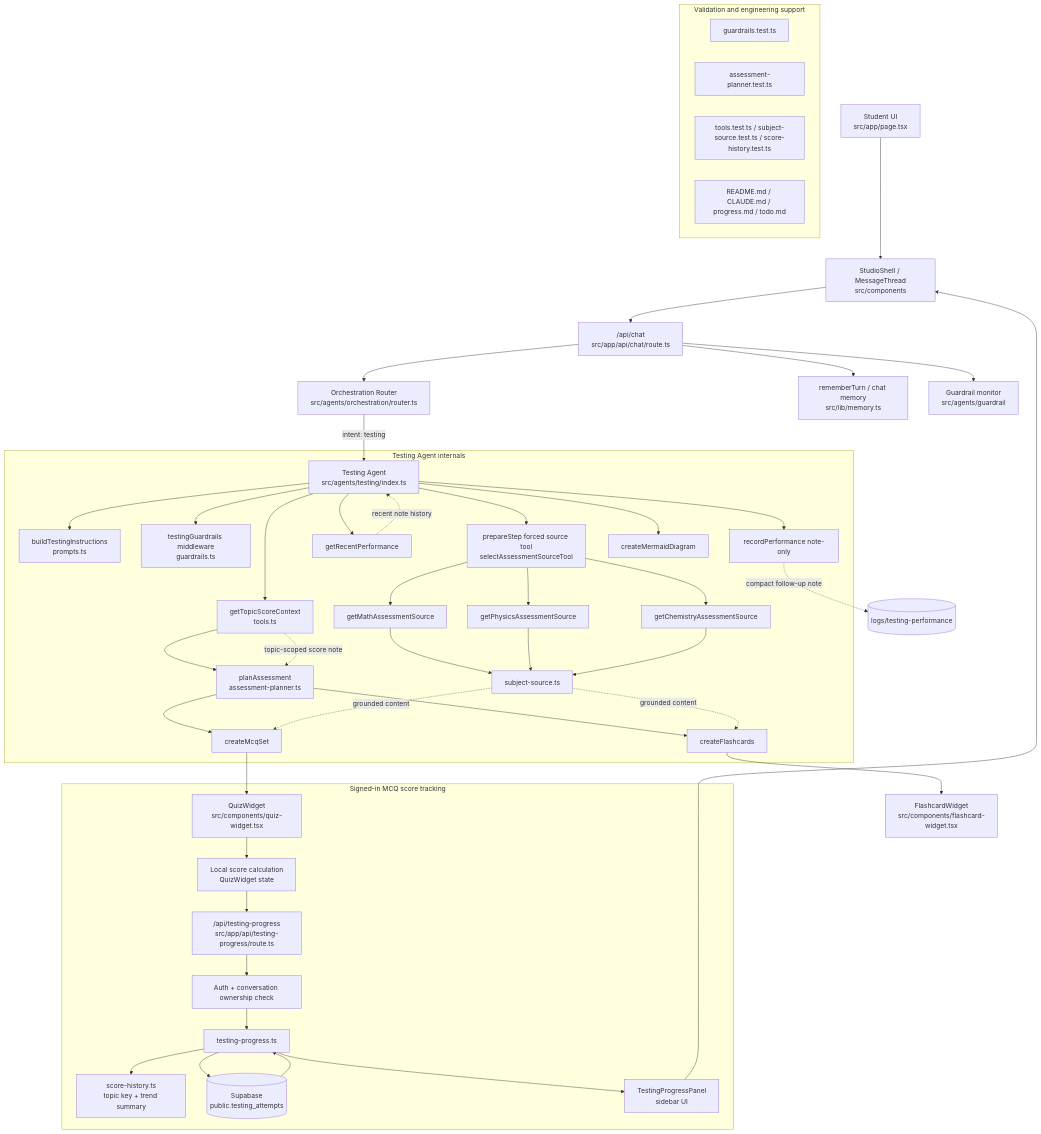
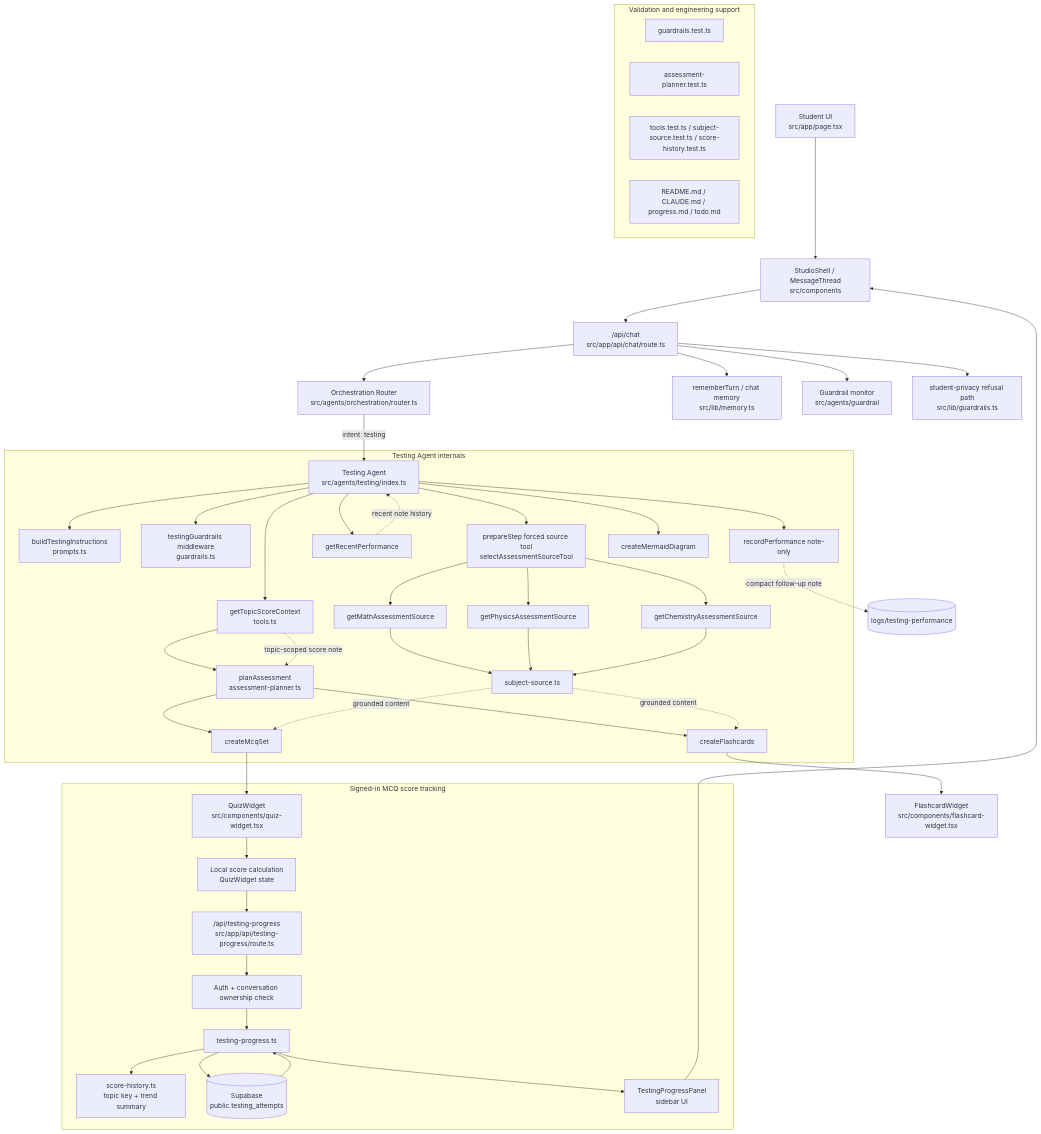
Before and after one commit to sritampatnaik/sem4-practice-module: the diagram in src/agents/testing/architecture.md, drawn with Mermaid. The commit also changed other lines of this file and 14 other files, not shown here.

````diff
--- a/src/agents/testing/architecture.md
+++ b/src/agents/testing/architecture.md
@@ -5,61 +5,62 @@
 ```mermaid
 flowchart TD
     A["Student UI<br/>src/app/page.tsx"] --> B["StudioShell / MessageThread<br/>src/components"]
     B --> C["/api/chat<br/>src/app/api/chat/route.ts"]
     C --> D["Orchestration Router<br/>src/agents/orchestration/router.ts"]
     D -->|intent: testing| E["Testing Agent<br/>src/agents/testing/index.ts"]
 
     subgraph TestingInternals["Testing Agent internals"]
         E --> F["buildTestingInstructions<br/>prompts.ts"]
         E --> G["testingGuardrails middleware<br/>guardrails.ts"]
         E --> H["prepareStep forced source tool<br/>selectAssessmentSourceTool"]
         E --> I["getTopicScoreContext<br/>tools.ts"]
         I --> J["planAssessment<br/>assessment-planner.ts"]
 
         H --> K["getMathAssessmentSource"]
         H --> L["getPhysicsAssessmentSource"]
         H --> M["getChemistryAssessmentSource"]
 
         K --> N["subject-source.ts"]
         L --> N
         M --> N
 
         J --> O["createMcqSet"]
         J --> P["createFlashcards"]
 
         E --> Q["getRecentPerformance"]
         E --> R["recordPerformance note-only"]
         E --> S["createMermaidDiagram"]
     end
 
     O --> T["QuizWidget<br/>src/components/quiz-widget.tsx"]
     P --> U["FlashcardWidget<br/>src/components/flashcard-widget.tsx"]
 
     subgraph ScoreTracking["Signed-in MCQ score tracking"]
         T --> V["Local score calculation<br/>QuizWidget state"]
         V --> W["/api/testing-progress<br/>src/app/api/testing-progress/route.ts"]
         W --> X["Auth + conversation ownership check"]
         X --> Y["testing-progress.ts"]
         Y --> Z["score-history.ts<br/>topic key + trend summary"]
         Y --> AA[("Supabase<br/>public.testing_attempts")]
         AA --> Y
         Y --> AB["TestingProgressPanel<br/>sidebar UI"]
     end
 
     C --> AC["rememberTurn / chat memory<br/>src/lib/memory.ts"]
     C --> AD["Guardrail monitor<br/>src/agents/guardrail"]
+    C --> AJ["student-privacy refusal path<br/>src/lib/guardrails.ts"]
 
     subgraph ValidationAndDocs["Validation and engineering support"]
         AE["guardrails.test.ts"]
         AF["assessment-planner.test.ts"]
         AG["tools.test.ts / subject-source.test.ts / score-history.test.ts"]
         AH["README.md / CLAUDE.md / progress.md / todo.md"]
     end
 
     N -.->|grounded content| O
     N -.->|grounded content| P
     I -.->|topic-scoped score note| J
     Q -.->|recent note history| E
     R -.->|compact follow-up note| AI[("logs/testing-performance")]
     AB --> B
 ```
````
